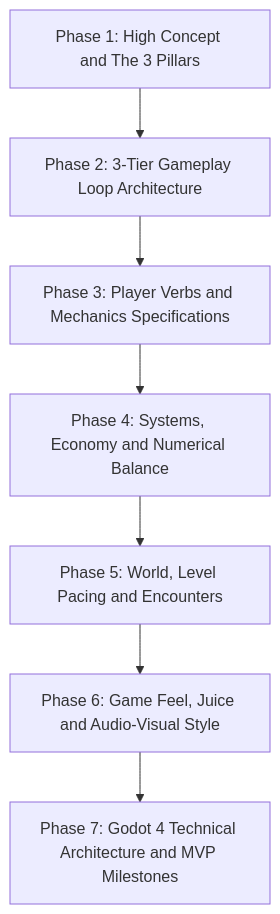
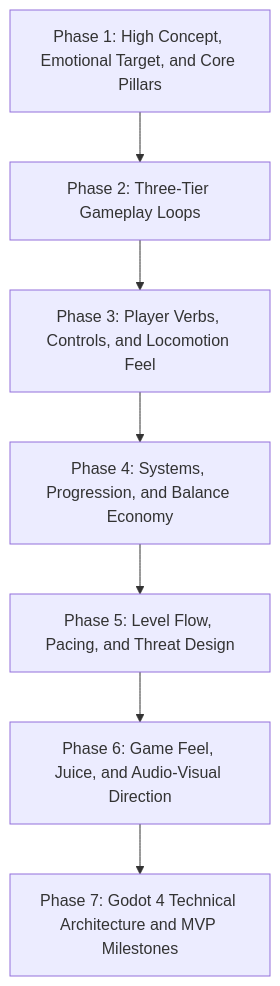
The diagram in .agents/plugins/godot/skills/gdd-authoring/SKILL.md (mcintalmo/drift), drawn with Mermaid before and after one commit. The commit also changed other lines of this file, not shown here.

````diff
--- a/.agents/plugins/godot/skills/gdd-authoring/SKILL.md
+++ b/.agents/plugins/godot/skills/gdd-authoring/SKILL.md
@@ -21,9 +21,9 @@
 ```mermaid
 graph TD
-    P1[Phase 1: High Concept and The 3 Pillars] --> P2[Phase 2: 3-Tier Gameplay Loop Architecture]
-    P2 --> P3[Phase 3: Player Verbs and Mechanics Specifications]
-    P3 --> P4[Phase 4: Systems, Economy and Numerical Balance]
-    P4 --> P5[Phase 5: World, Level Pacing and Encounters]
-    P5 --> P6[Phase 6: Game Feel, Juice and Audio-Visual Style]
+    P1[Phase 1: High Concept, Emotional Target, and Core Pillars] --> P2[Phase 2: Three-Tier Gameplay Loops]
+    P2 --> P3[Phase 3: Player Verbs, Controls, and Locomotion Feel]
+    P3 --> P4[Phase 4: Systems, Progression, and Balance Economy]
+    P4 --> P5[Phase 5: Level Flow, Pacing, and Threat Design]
+    P5 --> P6[Phase 6: Game Feel, Juice, and Audio-Visual Direction]
     P6 --> P7[Phase 7: Godot 4 Technical Architecture and MVP Milestones]
 ```
````
